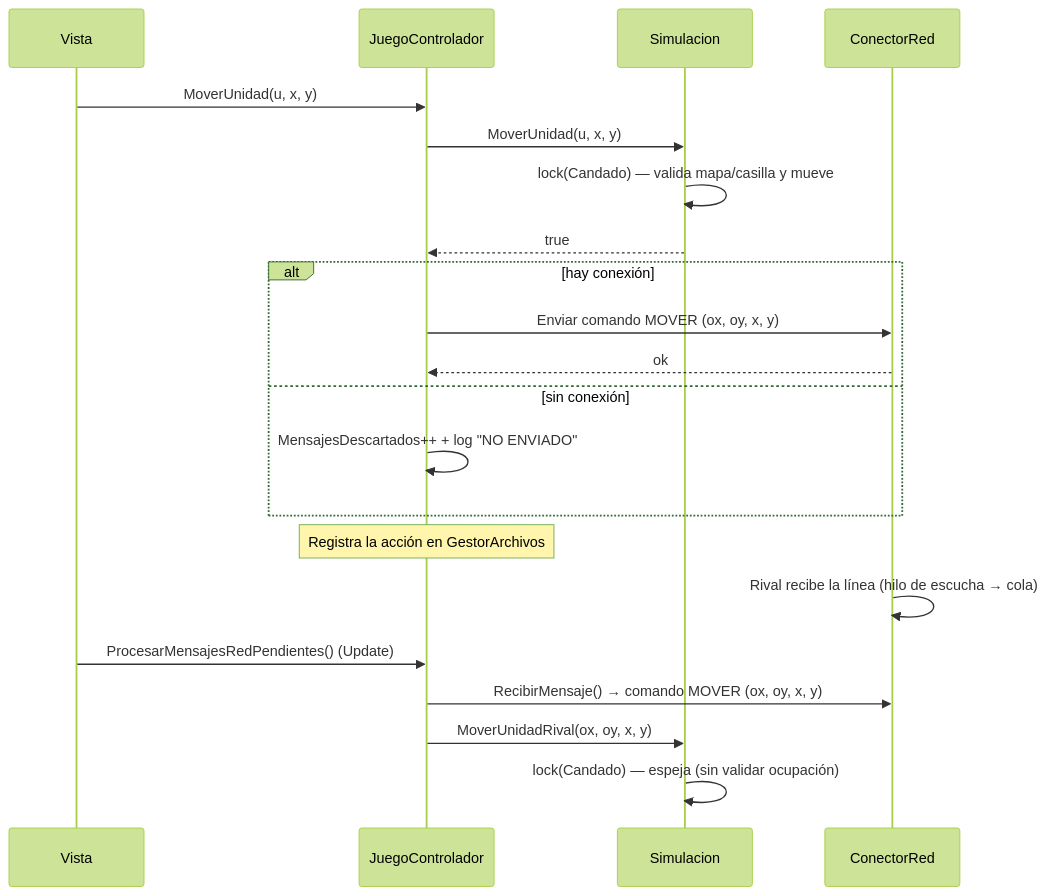
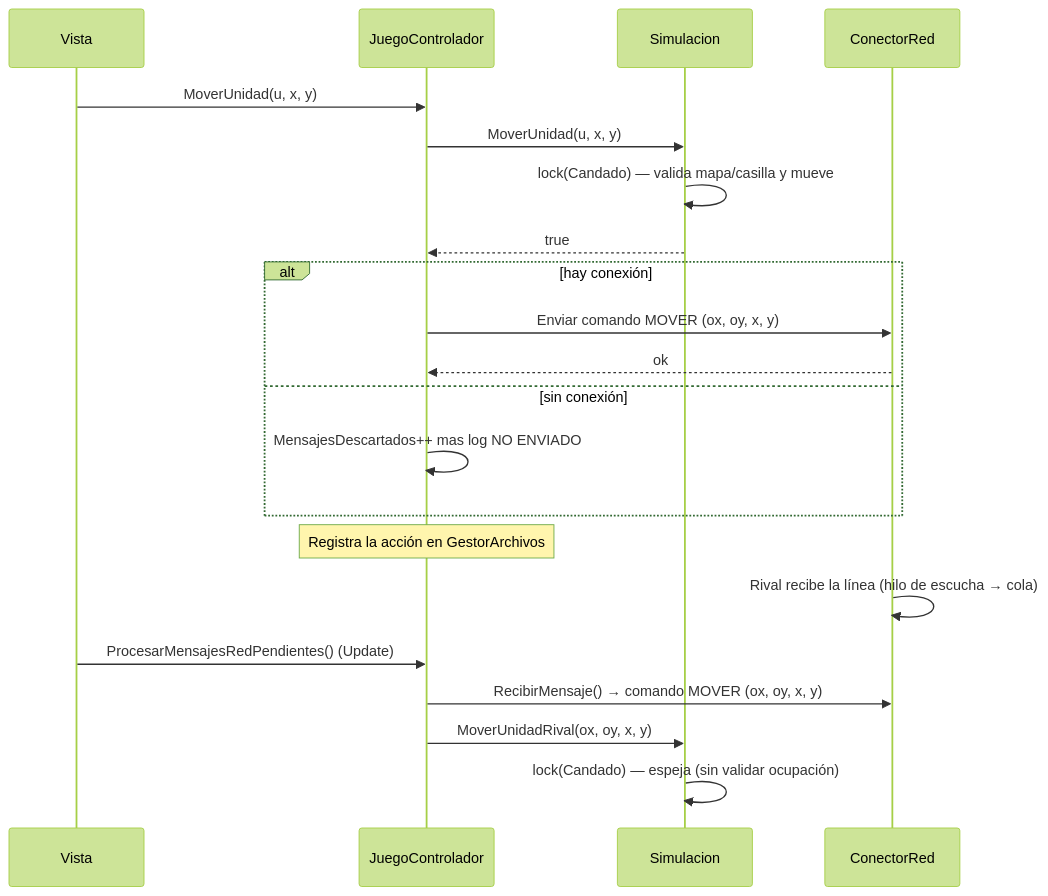
The fourth of 19 diagrams in DOCUMENTACION.md (bardock7238/RTS-Academico), drawn with Mermaid (forest theme) before and after one commit. The commit also changed other lines of this file and 1 other file, not shown here.

````diff
--- a/DOCUMENTACION.md
+++ b/DOCUMENTACION.md
@@ -688,25 +665,25 @@
 ```mermaid
 sequenceDiagram
     participant V as Vista
     participant C as JuegoControlador
     participant S as Simulacion
     participant CR as ConectorRed
 
     V->>C: MoverUnidad(u, x, y)
     C->>S: MoverUnidad(u, x, y)
     S->>S: lock(Candado) — valida mapa/casilla y mueve
     S-->>C: true
     alt hay conexión
         C->>CR: Enviar comando MOVER (ox, oy, x, y)
         CR-->>C: ok
     else sin conexión
-        C->>C: MensajesDescartados++ + log "NO ENVIADO"
+        C->>C: MensajesDescartados++ mas log NO ENVIADO
     end
     Note over C: Registra la acción en GestorArchivos
 
     CR->>CR: Rival recibe la línea (hilo de escucha → cola)
     V->>C: ProcesarMensajesRedPendientes() (Update)
     C->>CR: RecibirMensaje() → comando MOVER (ox, oy, x, y)
     C->>S: MoverUnidadRival(ox, oy, x, y)
     S->>S: lock(Candado) — espeja (sin validar ocupación)
 ```
````
